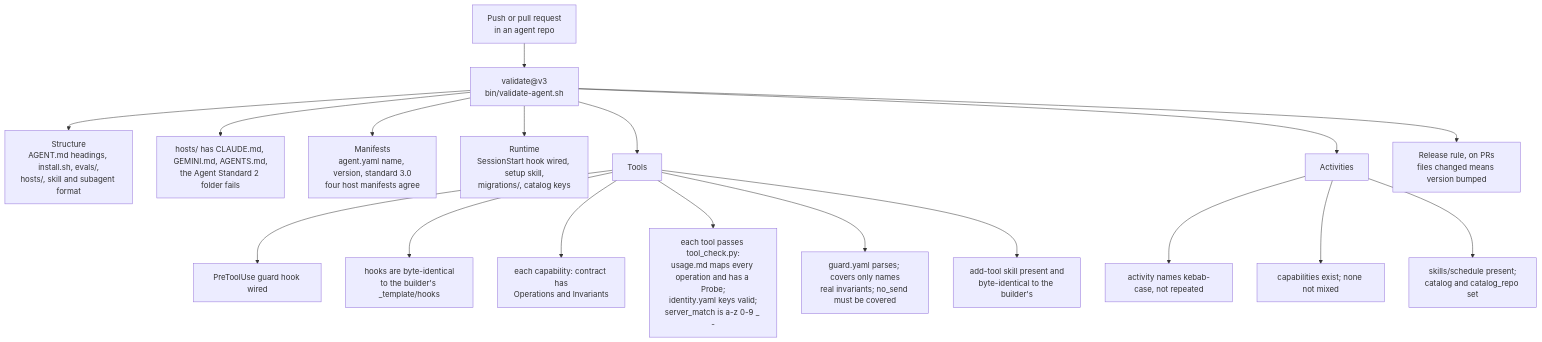
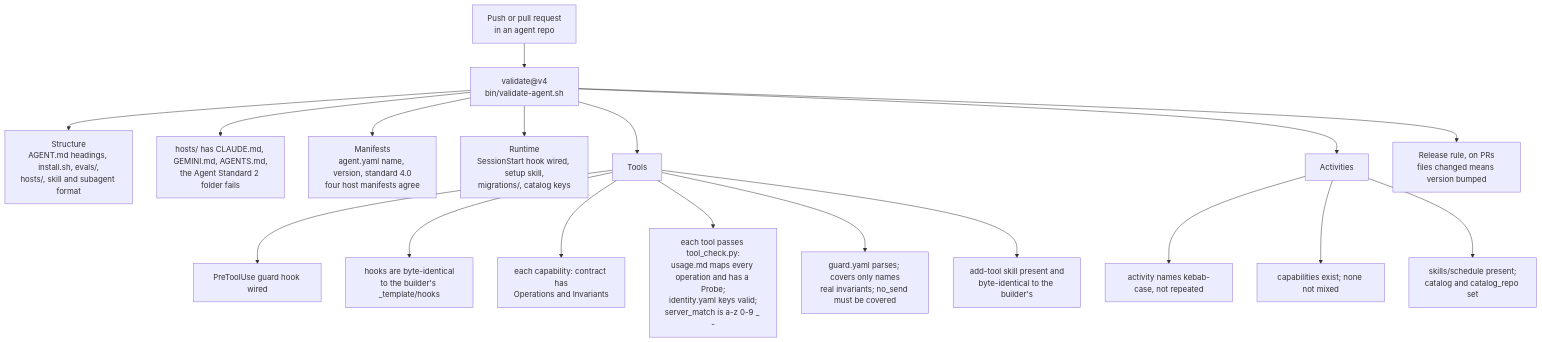
Before and after one commit to webspenser/agent-builder: the second of 6 diagrams in docs/how-it-works.md, drawn with Mermaid. The commit also changed other lines of this file and 7 other files, not shown here.

Commit message:
feat: setup offers two ways to create tool fields; Agent Standard 4.0 docs

````diff
--- a/docs/how-it-works.md
+++ b/docs/how-it-works.md
@@ -124,20 +130,20 @@
 ```mermaid
 flowchart TD
-  S["Push or pull request<br/>in an agent repo"] --> V["validate@v3<br/>bin/validate-agent.sh"]
+  S["Push or pull request<br/>in an agent repo"] --> V["validate@v4<br/>bin/validate-agent.sh"]
   V --> ST["Structure<br/>AGENT.md headings, install.sh, evals/,<br/>hosts/, skill and subagent format"]
   V --> HO["hosts/ has CLAUDE.md, GEMINI.md, AGENTS.md,<br/>the Agent Standard 2 folder fails"]
-  V --> MF["Manifests<br/>agent.yaml name, version, standard 3.0<br/>four host manifests agree"]
+  V --> MF["Manifests<br/>agent.yaml name, version, standard 4.0<br/>four host manifests agree"]
   V --> RT["Runtime<br/>SessionStart hook wired, setup skill,<br/>migrations/, catalog keys"]
   V --> TL["Tools"]
   V --> AC["Activities"]
   V --> BU["Release rule, on PRs<br/>files changed means version bumped"]
   TL --> T1["PreToolUse guard hook wired"]
   TL --> T2["hooks are byte-identical<br/>to the builder's _template/hooks"]
   TL --> T3["each capability: contract has<br/>Operations and Invariants"]
   TL --> T4["each tool passes tool_check.py:<br/>usage.md maps every operation and has a Probe;<br/>identity.yaml keys valid;<br/>server_match is a-z 0-9 _ -"]
   TL --> T5["guard.yaml parses; covers only names<br/>real invariants; no_send must be covered"]
   TL --> T6["add-tool skill present and<br/>byte-identical to the builder's"]
   AC --> A1["activity names kebab-case, not repeated"]
   AC --> A2["capabilities exist; none not mixed"]
   AC --> A3["skills/schedule present;<br/>catalog and catalog_repo set"]
 ```
````
